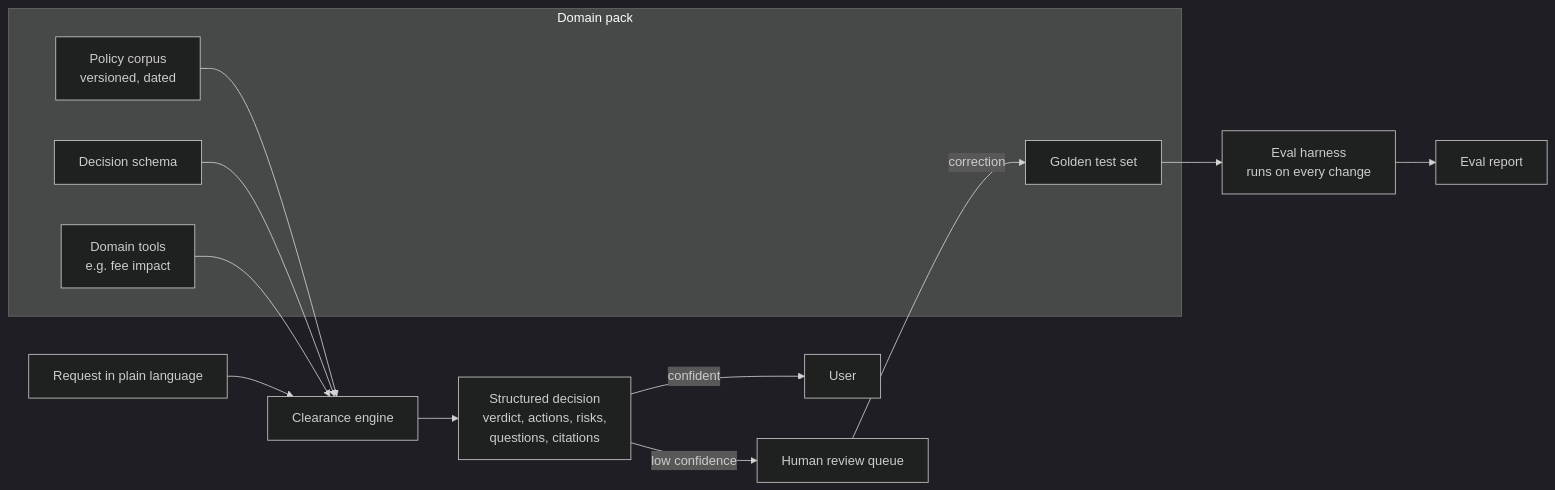
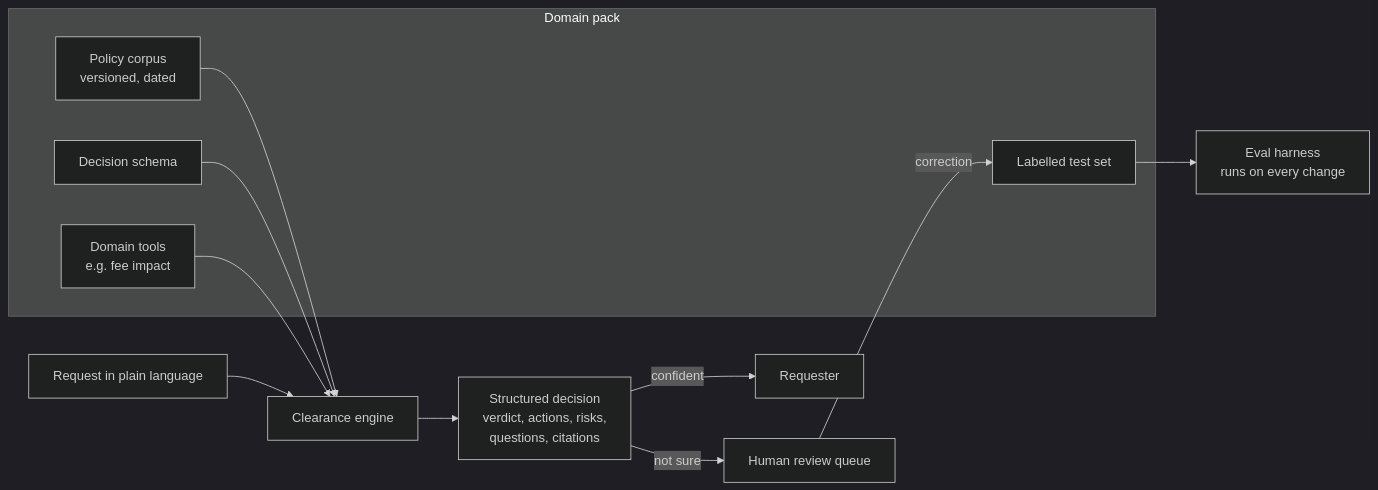
Before and after one commit to ducharnesylvain/Clearance: the diagram in README.md, drawn with Mermaid (dark theme). The commit also changed other lines of this file and 3 other files, not shown here.

````diff
--- a/README.md
+++ b/README.md
@@ -55,19 +49,18 @@
 ```mermaid
 flowchart LR
     Q[Request in plain language] --> E[Clearance engine]
     subgraph Pack[Domain pack]
         C[Policy corpus<br/>versioned, dated]
         S[Decision schema]
         T[Domain tools<br/>e.g. fee impact]
-        G[Golden test set]
+        G[Labelled test set]
     end
     C --> E
     S --> E
     T --> E
     E --> D[Structured decision<br/>verdict, actions, risks,<br/>questions, citations]
-    D -->|confident| U[User]
-    D -->|low confidence| H[Human review queue]
+    D -->|confident| U[Requester]
+    D -->|not sure| H[Human review queue]
     H -->|correction| G
     G --> V[Eval harness<br/>runs on every change]
-    V --> R[Eval report]
 ```
````
